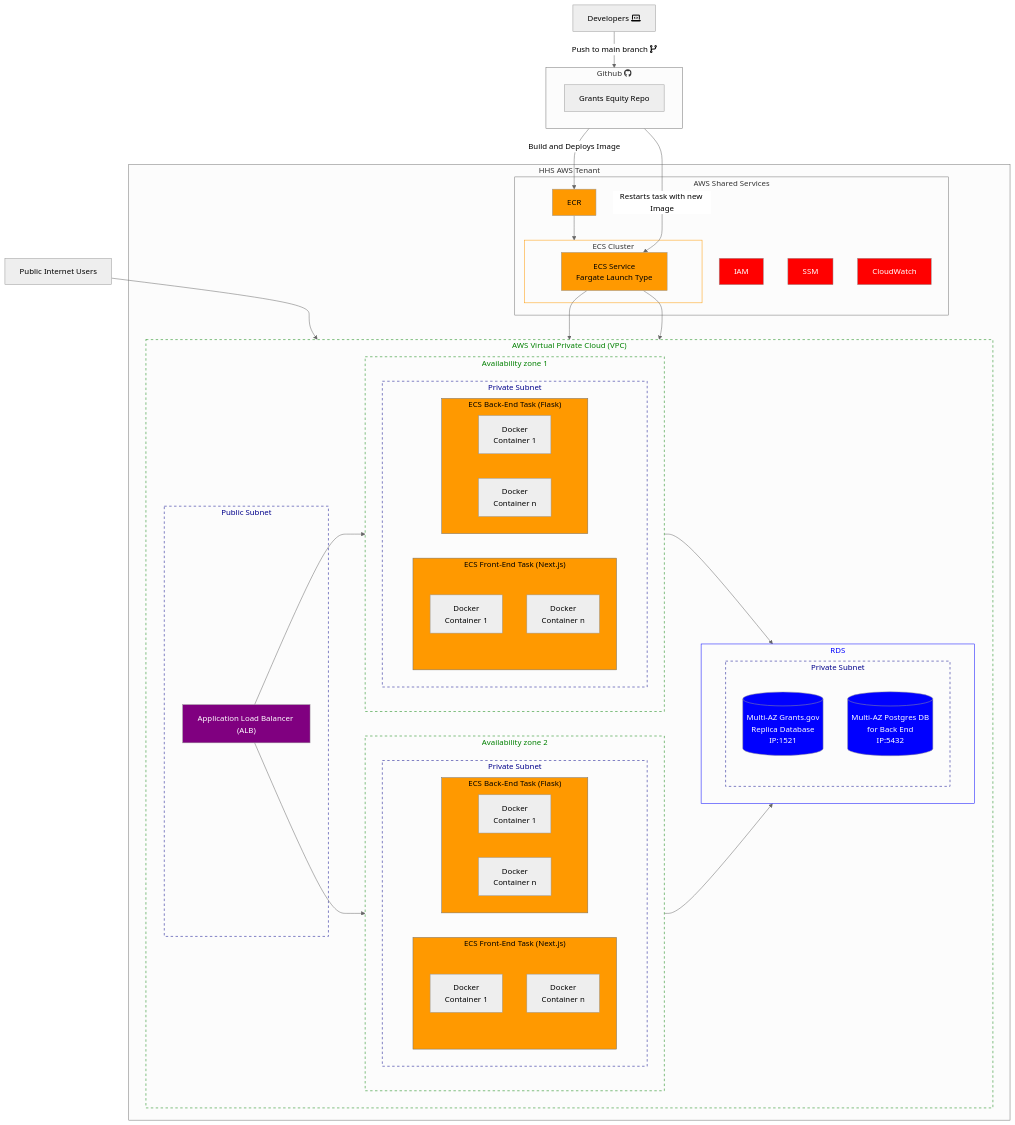
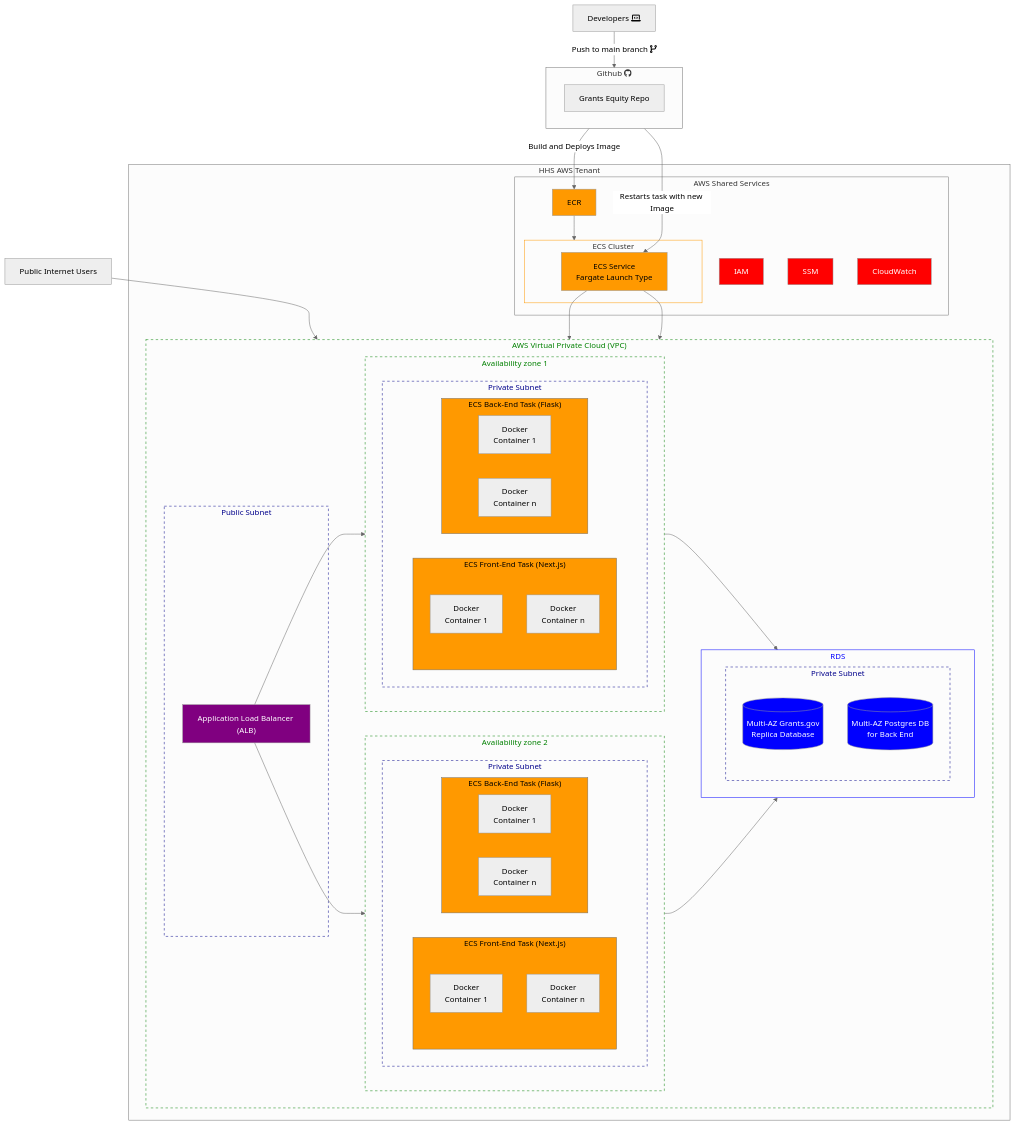
One commit to HHS/simpler-grants-gov changed the first of 3 diagrams in documentation/architecture/README.md. Above: the diagram before and after it, drawn with Mermaid. The commit also changed other lines of this file, not shown here.

Commit message:
remove port

```diff
--- a/documentation/architecture/README.md
+++ b/documentation/architecture/README.md
@@ -92,11 +92,9 @@
     subgraph RDS
         subgraph private-subnet3 [Private Subnet]
             DB[("Multi-AZ Grants.gov
-            Replica Database
-            IP:1521")]:::db
+            Replica Database")]:::db
             PDB[("Multi-AZ Postgres DB
-            for Back End
-            IP:5432")]:::db
+            for Back End")]:::db
         end
     end
     style RDS stroke:blue,color:blue
```
